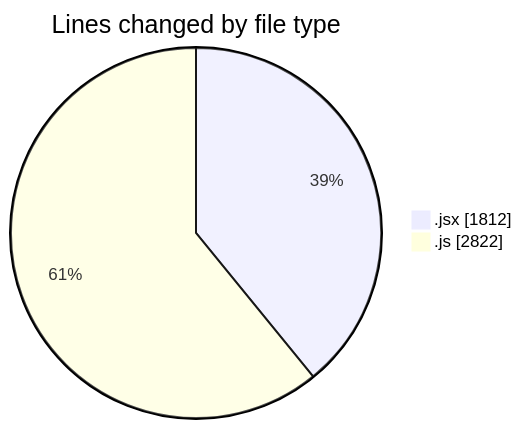
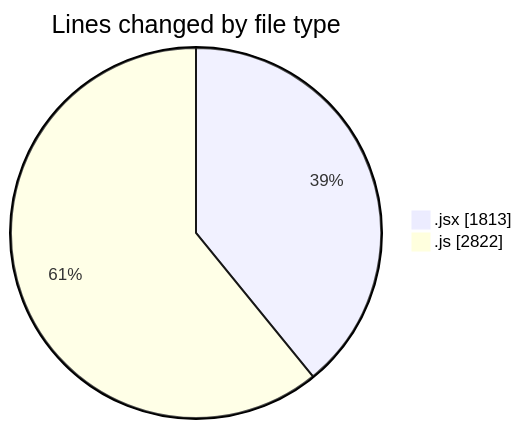
Before and after one commit to nxtqubesakshisongat/code-tracking: the first of 2 diagrams in 2025-11-07/nxtqube_webapp/README.md, drawn with Mermaid. The commit also changed other lines of this file and 1 other file, not shown here.

````diff
--- a/2025-11-07/nxtqube_webapp/README.md
+++ b/2025-11-07/nxtqube_webapp/README.md
@@ -27,6 +27,6 @@
 ```mermaid
 pie showData
 title Lines changed by file type
-".jsx" : 1812
+".jsx" : 1813
 ".js" : 2822
 ```
````
